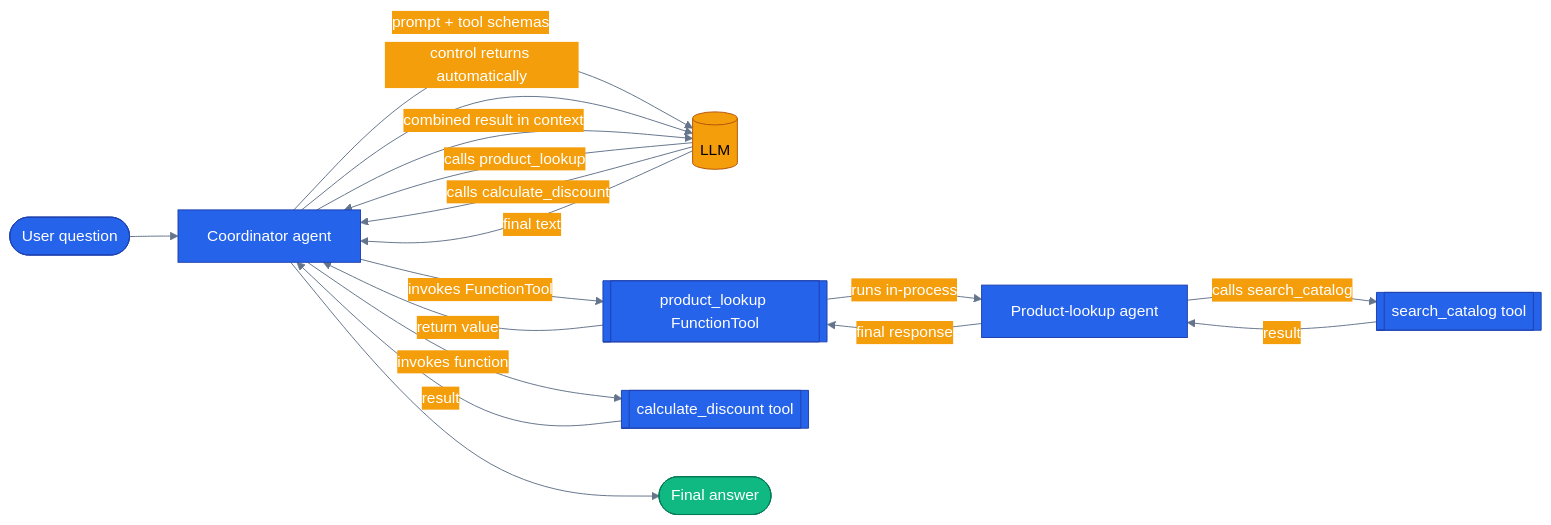
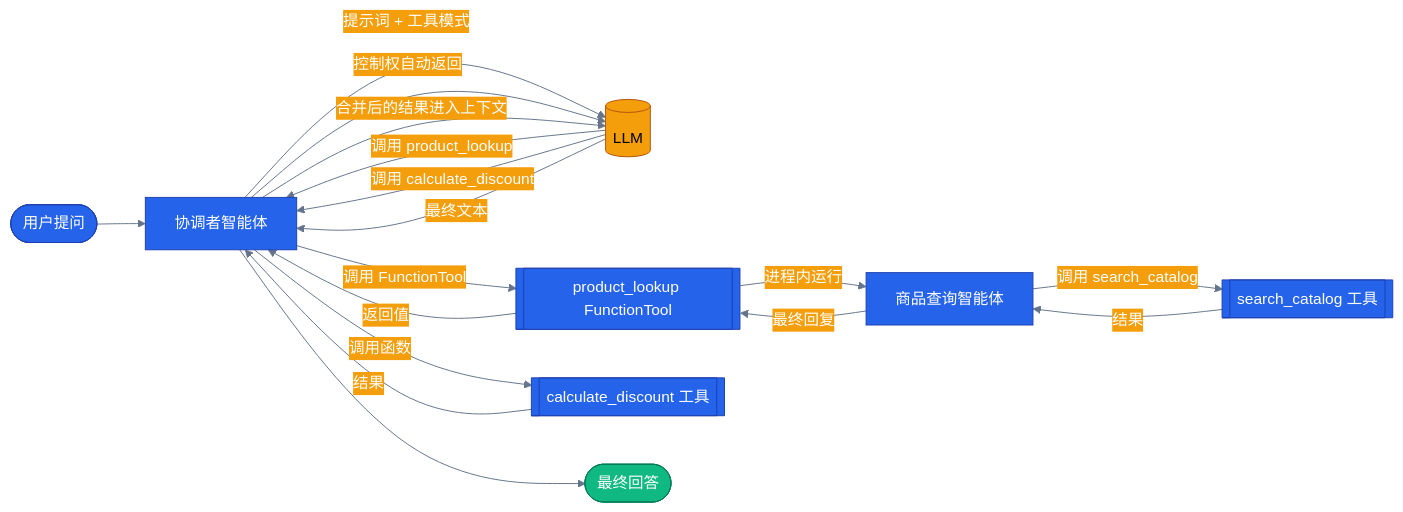
Before and after one commit to s1encisi/reliable-commerce-agents: the diagram in tutorials/27-agent-as-tool/README.md, drawn with Mermaid. The commit also changed other lines of this file and 1033 other files, not shown here.

````diff
--- a/tutorials/27-agent-as-tool/README.md
+++ b/tutorials/27-agent-as-tool/README.md
@@ -55,44 +21,44 @@
 ```mermaid
 %%{init: {'theme':'base', 'themeVariables': {
   'primaryColor': '#2563eb','primaryTextColor': '#ffffff','primaryBorderColor': '#1e40af',
   'lineColor': '#64748b','secondaryColor': '#f59e0b','tertiaryColor': '#10b981',
   'background': 'transparent'}}}%%
 flowchart LR
   classDef core     fill:#2563eb,stroke:#1e40af,color:#ffffff
   classDef external fill:#f59e0b,stroke:#b45309,color:#000000
   classDef success  fill:#10b981,stroke:#047857,color:#ffffff
 
-  user([User question])
-  coord[Coordinator agent]
+  user([用户提问])
+  coord[协调者智能体]
   llm[(LLM)]
   lookupTool[[product_lookup FunctionTool]]
-  lookupAgent[Product-lookup agent]
-  catalogTool[[search_catalog tool]]
-  discountTool[[calculate_discount tool]]
-  answer([Final answer])
+  lookupAgent[商品查询智能体]
+  catalogTool[[search_catalog 工具]]
+  discountTool[[calculate_discount 工具]]
+  answer([最终回答])
 
   user --> coord
-  coord -- "prompt + tool schemas" --> llm
-  llm -- "calls product_lookup" --> coord
-  coord -- "invokes FunctionTool" --> lookupTool
-  lookupTool -- "runs in-process" --> lookupAgent
-  lookupAgent -- "calls search_catalog" --> catalogTool
-  catalogTool -- "result" --> lookupAgent
-  lookupAgent -- "final response" --> lookupTool
-  lookupTool -- "return value" --> coord
-  coord -- "control returns automatically" --> llm
-  llm -- "calls calculate_discount" --> coord
-  coord -- "invokes function" --> discountTool
-  discountTool -- "result" --> coord
-  coord -- "combined result in context" --> llm
-  llm -- "final text" --> coord
+  coord -- "提示词 + 工具模式" --> llm
+  llm -- "调用 product_lookup" --> coord
+  coord -- "调用 FunctionTool" --> lookupTool
+  lookupTool -- "进程内运行" --> lookupAgent
+  lookupAgent -- "调用 search_catalog" --> catalogTool
+  catalogTool -- "结果" --> lookupAgent
+  lookupAgent -- "最终回复" --> lookupTool
+  lookupTool -- "返回值" --> coord
+  coord -- "控制权自动返回" --> llm
+  llm -- "调用 calculate_discount" --> coord
+  coord -- "调用函数" --> discountTool
+  discountTool -- "结果" --> coord
+  coord -- "合并后的结果进入上下文" --> llm
+  llm -- "最终文本" --> coord
   coord --> answer
 
   class coord core
   class lookupAgent core
   class llm external
   class lookupTool core
   class catalogTool core
   class discountTool core
   class answer success
 ```
````
